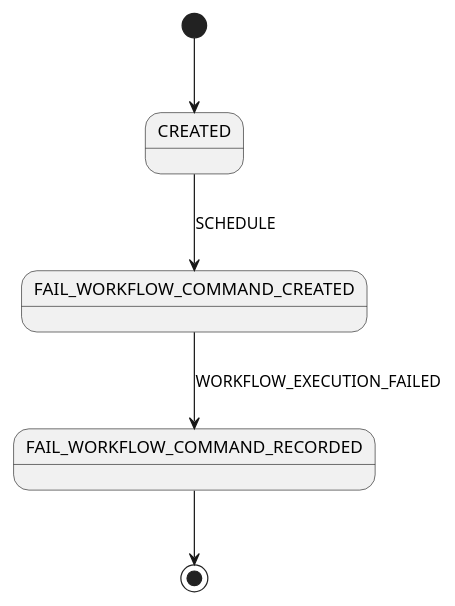
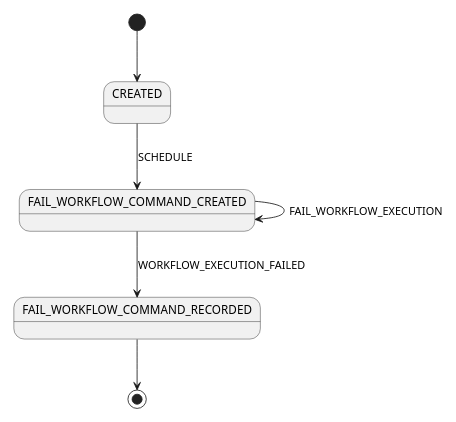
One commit to mfateev/temporal-java-sdk changed the diagram in src/main/java/io/temporal/internal/csm/FailWorkflowCommands.puml. Above: the diagram before and after it, drawn with PlantUML. The commit also changed 35 other files, not shown here.

```diff
--- a/src/main/java/io/temporal/internal/csm/FailWorkflowCommands.puml
+++ b/src/main/java/io/temporal/internal/csm/FailWorkflowCommands.puml
@@ -21,7 +21,8 @@
 @startuml
 scale 350 width
 [*] --> CREATED
 CREATED --> FAIL_WORKFLOW_COMMAND_CREATED: SCHEDULE
+FAIL_WORKFLOW_COMMAND_CREATED --> FAIL_WORKFLOW_COMMAND_CREATED: FAIL_WORKFLOW_EXECUTION
 FAIL_WORKFLOW_COMMAND_CREATED --> FAIL_WORKFLOW_COMMAND_RECORDED: WORKFLOW_EXECUTION_FAILED
 FAIL_WORKFLOW_COMMAND_RECORDED --> [*]
 @enduml
```
